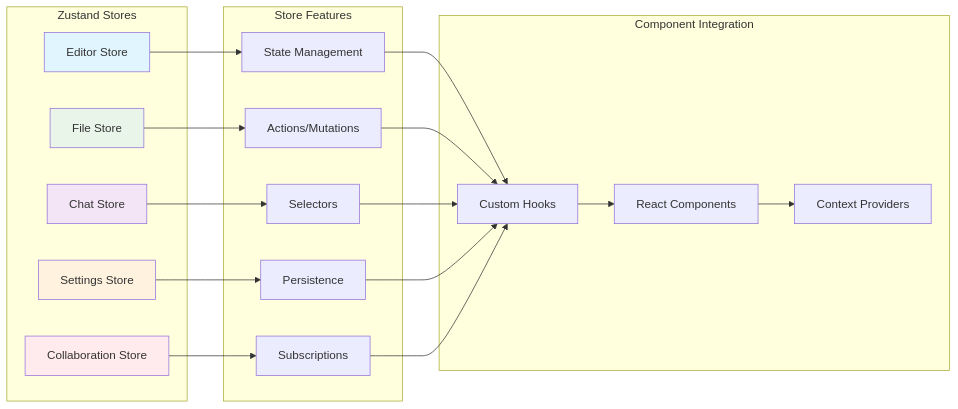
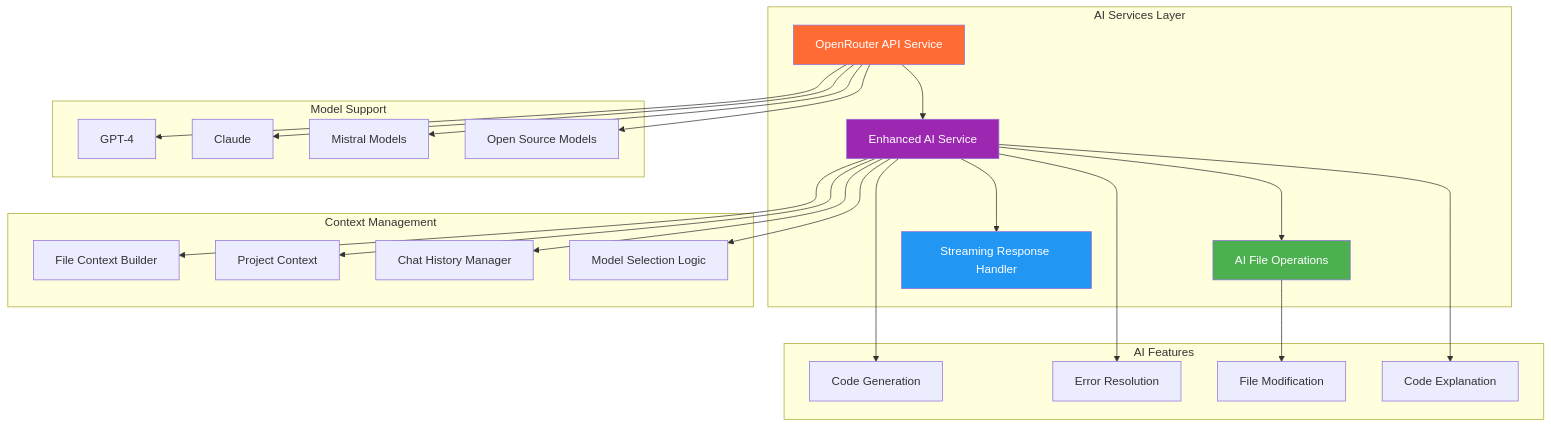
Before and after one commit to nishant-iith/autocode: the fourth of 12 diagrams in markdown-docs/03-system-architecture.md, drawn with Mermaid. The commit also changed other lines of this file and 5 other files, not shown here.

````diff
--- a/markdown-docs/03-system-architecture.md
+++ b/markdown-docs/03-system-architecture.md
@@ -159,45 +215,54 @@
 ```mermaid
-graph LR
-    subgraph "Zustand Stores"
-        Editor[Editor Store]
-        Files[File Store]
-        Chat[Chat Store]
-        Settings[Settings Store]
-        Collaboration[Collaboration Store]
+graph TB
+    subgraph "AI Services Layer"
+        OpenRouterAPI[OpenRouter API Service]
+        EnhancedAI[Enhanced AI Service]
+        AIFileOps[AI File Operations]
+        StreamingHandler[Streaming Response Handler]
     end
 
-    subgraph "Store Features"
-        Slice1[State Management]
-        Slice2[Actions/Mutations]
-        Slice3[Selectors]
-        Slice4[Persistence]
-        Slice5[Subscriptions]
+    subgraph "Context Management"
+        FileContext[File Context Builder]
+        ProjectContext[Project Context]
+        ChatHistory[Chat History Manager]
+        ModelSelection[Model Selection Logic]
     end
 
-    subgraph "Component Integration"
-        React[React Components]
-        Hooks[Custom Hooks]
-        Context[Context Providers]
+    subgraph "AI Features"
+        CodeGeneration[Code Generation]
+        ErrorResolution[Error Resolution]
+        FileModification[File Modification]
+        CodeExplanation[Code Explanation]
     end
 
-    Editor --> Slice1
-    Files --> Slice2
-    Chat --> Slice3
-    Settings --> Slice4
-    Collaboration --> Slice5
+    subgraph "Model Support"
+        GPT4[GPT-4]
+        Claude[Claude]
+        Mistral[Mistral Models]
+        OpenSource[Open Source Models]
+    end
 
-    Slice1 --> Hooks
-    Slice2 --> Hooks
-    Slice3 --> Hooks
-    Slice4 --> Hooks
-    Slice5 --> Hooks
+    OpenRouterAPI --> EnhancedAI
+    EnhancedAI --> AIFileOps
+    EnhancedAI --> StreamingHandler
 
-    Hooks --> React
-    React --> Context
+    EnhancedAI --> FileContext
+    EnhancedAI --> ProjectContext
+    EnhancedAI --> ChatHistory
+    EnhancedAI --> ModelSelection
 
-    style Editor fill:#e1f5fe
-    style Files fill:#e8f5e8
-    style Chat fill:#f3e5f5
-    style Settings fill:#fff3e0
-    style Collaboration fill:#ffebee
+    EnhancedAI --> CodeGeneration
+    EnhancedAI --> ErrorResolution
+    AIFileOps --> FileModification
+    EnhancedAI --> CodeExplanation
+
+    OpenRouterAPI --> GPT4
+    OpenRouterAPI --> Claude
+    OpenRouterAPI --> Mistral
+    OpenRouterAPI --> OpenSource
+
+    style OpenRouterAPI fill:#FF6B35,color:#fff
+    style EnhancedAI fill:#9C27B0,color:#fff
+    style AIFileOps fill:#4CAF50,color:#fff
+    style StreamingHandler fill:#2196F3,color:#fff
 ```
````
